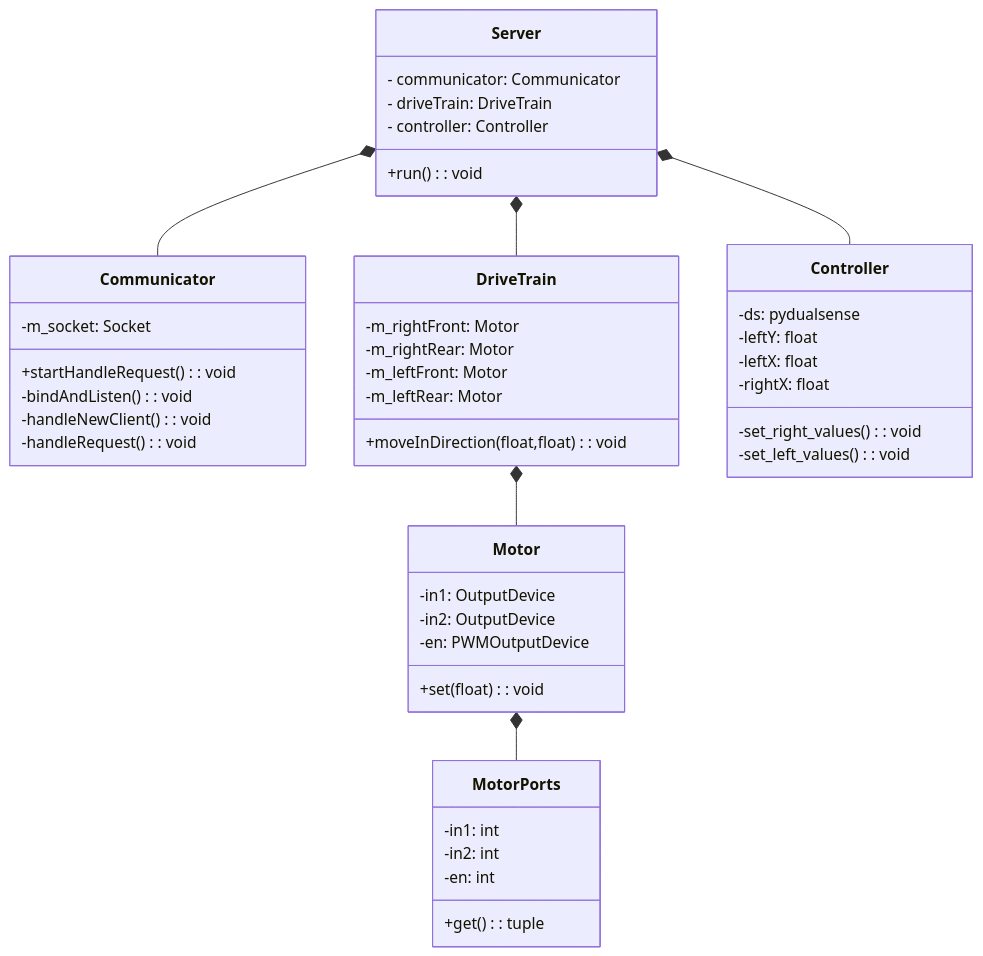
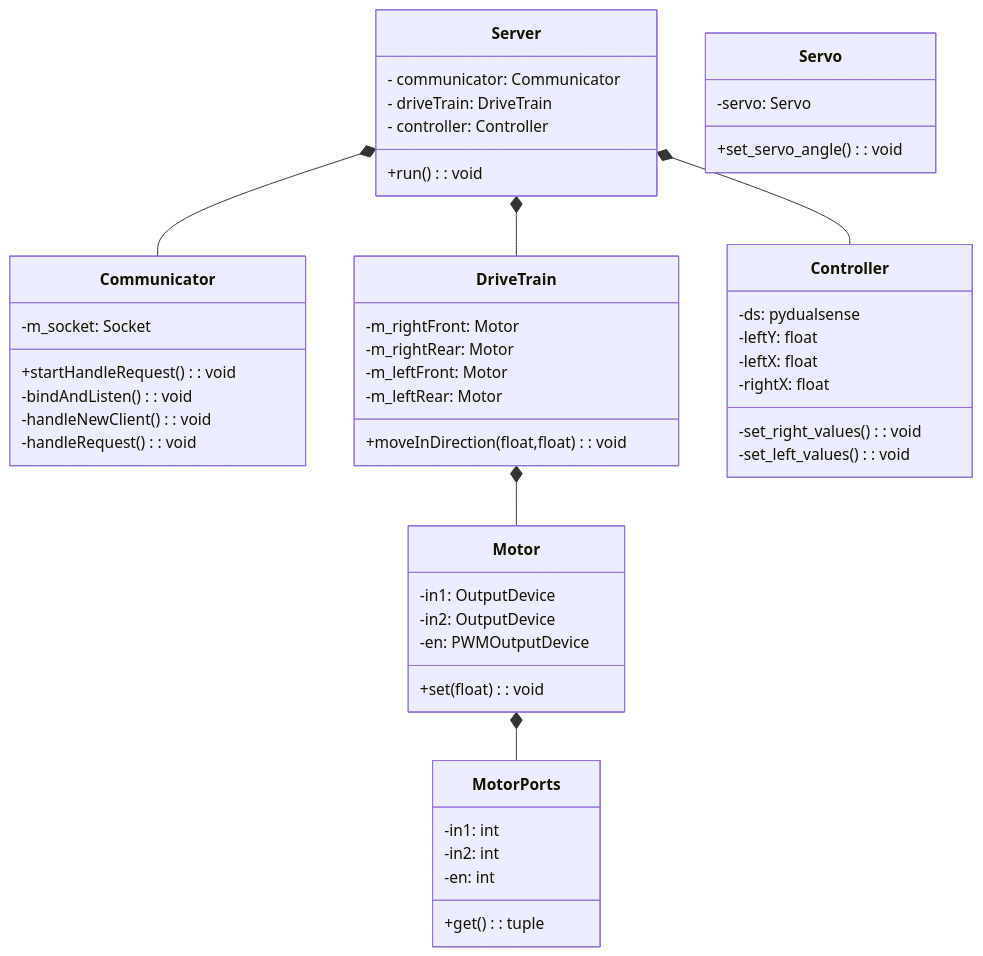
Before and after one commit to yaniraton/adama: the first of 2 diagrams in README.md, drawn with Mermaid. The commit also changed 1 other file, not shown here.

Commit message:
added servo class

````diff
--- a/README.md
+++ b/README.md
@@ -3,48 +3,52 @@
 ```mermaid
 classDiagram
     Server *-- Communicator
     Server *-- DriveTrain
     Server *-- Controller
     DriveTrain *-- Motor
     Motor *-- MotorPorts
     class Server{
         - communicator: Communicator
         - driveTrain: DriveTrain
         - controller: Controller
         +run() : void
     }
     class Communicator{
         -m_socket: Socket
         +startHandleRequest() : void
         -bindAndListen() : void
         -handleNewClient() : void
         -handleRequest() : void
     }
     class DriveTrain{
         -m_rightFront: Motor
         -m_rightRear: Motor
         -m_leftFront: Motor
         -m_leftRear: Motor
         +moveInDirection(float,float) : void
     }
     class Motor{
         -in1: OutputDevice
         -in2: OutputDevice
         -en: PWMOutputDevice
         +set(float) : void
     }
     class MotorPorts{
         -in1: int
         -in2: int
         -en: int
         +get() : tuple
     }
     class Controller{
         -ds: pydualsense
         -leftY: float
         -leftX: float
         -rightX: float
         -set_right_values(): void
         -set_left_values(): void
     }
+    class Servo{
+        -servo: Servo
+        +set_servo_angle(): void
+    }
 ```
````
